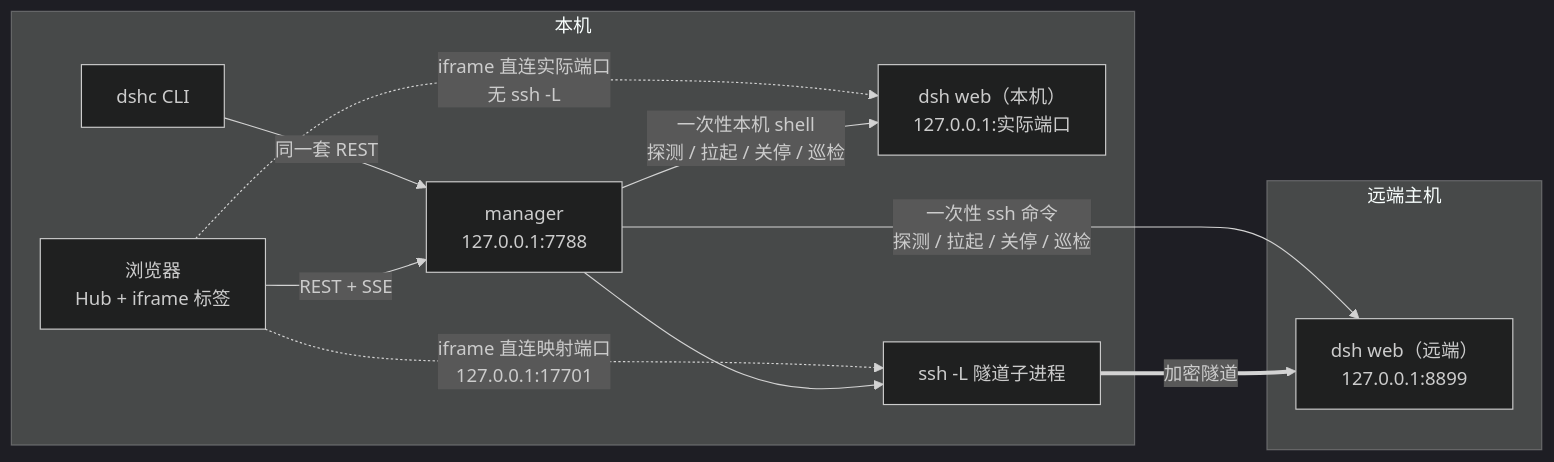
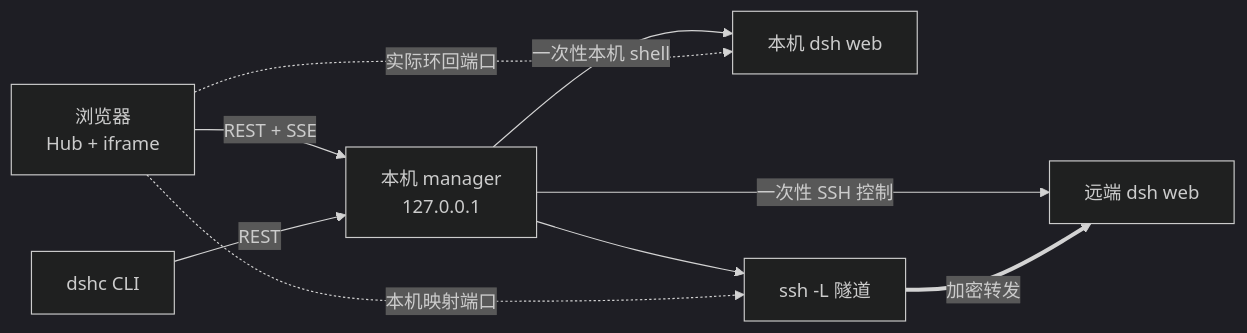
The diagram in README.md (biociao/Remote_DSH_Center), drawn with Mermaid (dark theme) before and after one commit. The commit also changed other lines of this file and 5 other files, not shown here.

````diff
--- a/README.md
+++ b/README.md
@@ -141,15 +88,11 @@
 ```mermaid
 flowchart LR
-    subgraph 本机
-        B[浏览器<br/>Hub + iframe 标签] -->|REST + SSE| M[manager<br/>127.0.0.1:7788]
-        C[dshc CLI] -->|同一套 REST| M
-        M -->|一次性本机 shell<br/>探测 / 拉起 / 关停 / 巡检| L[dsh web（本机）<br/>127.0.0.1:实际端口]
-        B -.->|iframe 直连实际端口<br/>无 ssh -L| L
-        M --> T[ssh -L 隧道子进程]
-        B -.->|iframe 直连映射端口<br/>127.0.0.1:17701| T
-    end
-    subgraph 远端主机
-        T ==>|加密隧道| R[dsh web（远端）<br/>127.0.0.1:8899]
-        M -->|一次性 ssh 命令<br/>探测 / 拉起 / 关停 / 巡检| R
-    end
+    B[浏览器<br/>Hub + iframe] -->|REST + SSE| M[本机 manager<br/>127.0.0.1]
+    C[dshc CLI] -->|REST| M
+    M -->|一次性本机 shell| L[本机 dsh web]
+    B -.->|实际环回端口| L
+    M -->|一次性 SSH 控制| R[远端 dsh web]
+    M --> T[ssh -L 隧道]
+    B -.->|本机映射端口| T
+    T ==>|加密转发| R
 ```
````
